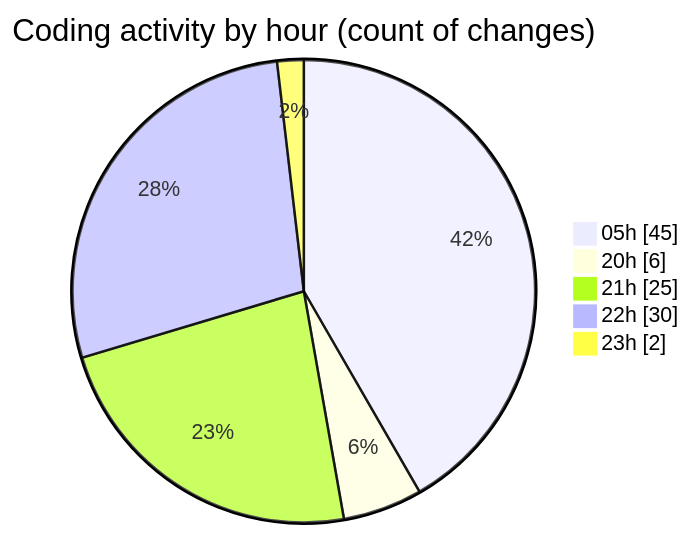
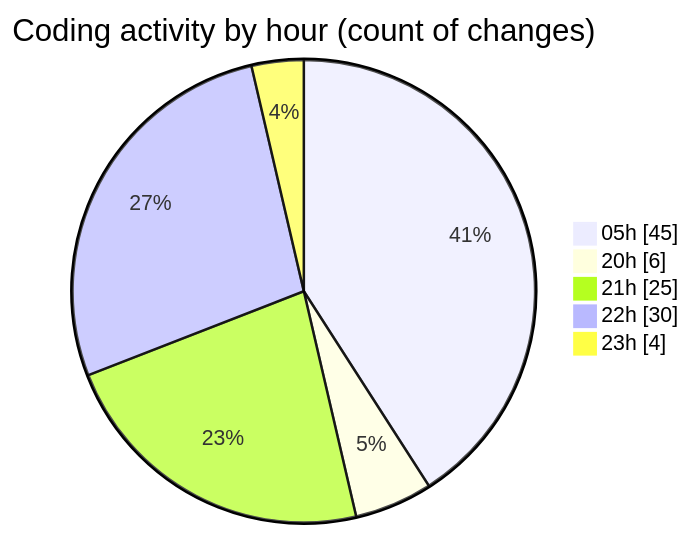
The second of 2 diagrams in 2025-08-05/napxuvn/README.md (lephambinh05/code-tracking), drawn with Mermaid before and after one commit. The commit also changed other lines of this file and 1 other file, not shown here.

````diff
--- a/2025-08-05/napxuvn/README.md
+++ b/2025-08-05/napxuvn/README.md
@@ -87,9 +87,9 @@
 ```mermaid
 pie showData
 title Coding activity by hour (count of changes)
 "05h" : 45
 "20h" : 6
 "21h" : 25
 "22h" : 30
-"23h" : 2
+"23h" : 4
 ```
````
